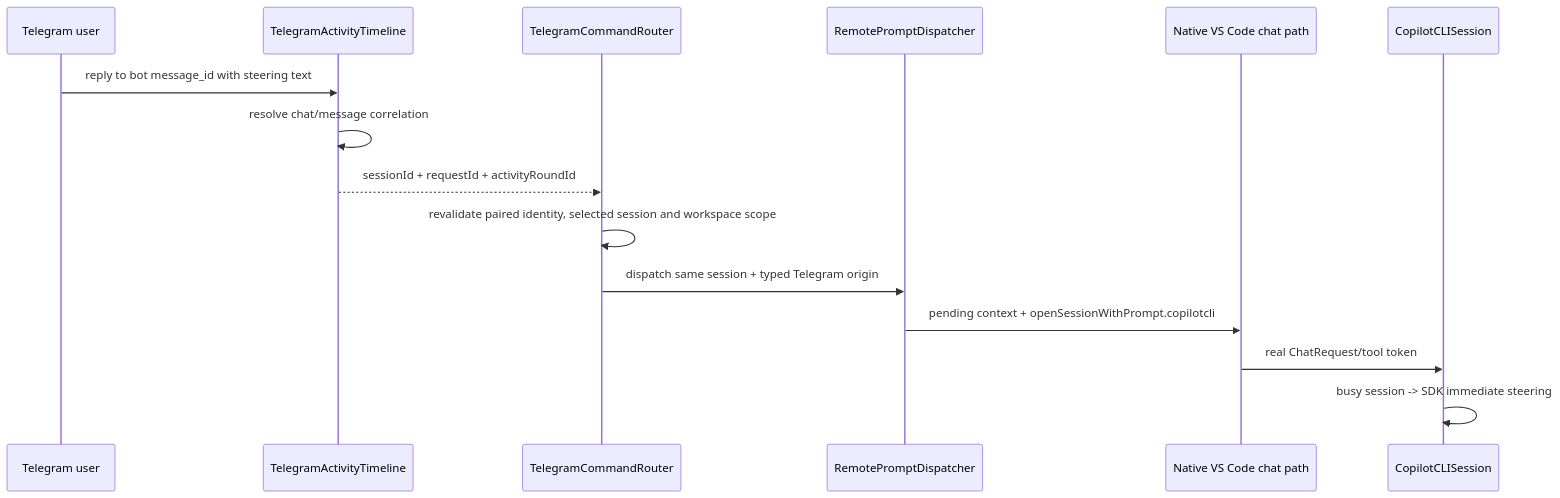
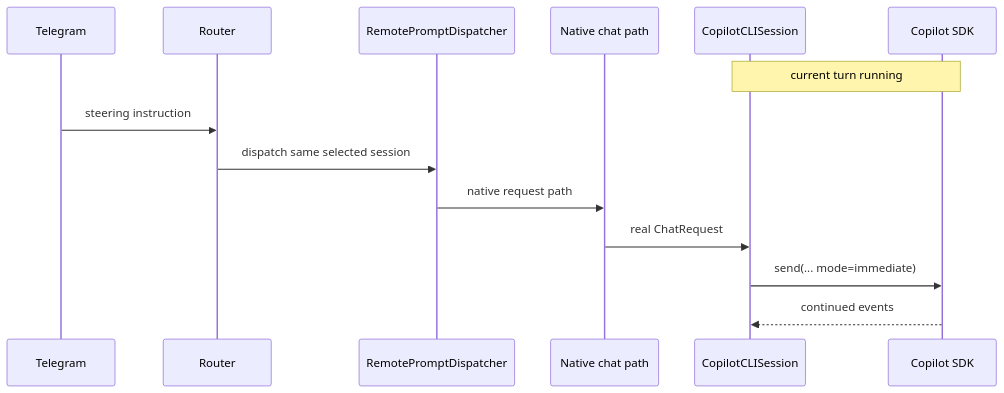
The eighth of 17 diagrams in extensions/copilot/docs/telegram-remote/CALL_FLOWS.md (SachiHarshitha/vscode-telegram), drawn with Mermaid before and after one commit. The commit also changed other lines of this file, not shown here.

Commit message:
docs(telegram-remote): align call flows with current runtime

````diff
--- a/extensions/copilot/docs/telegram-remote/CALL_FLOWS.md
+++ b/extensions/copilot/docs/telegram-remote/CALL_FLOWS.md
@@ -225,18 +187,17 @@
 ```mermaid
 sequenceDiagram
-    participant T as Telegram user
-    participant TL as TelegramActivityTimeline
-    participant R as TelegramCommandRouter
+    participant T as Telegram
+    participant R as Router
     participant D as RemotePromptDispatcher
-    participant VS as Native VS Code chat path
+    participant VS as Native chat path
     participant S as CopilotCLISession
+    participant SDK as Copilot SDK
 
-    T->>TL: reply to bot message_id with steering text
-    TL->>TL: resolve chat/message correlation
-    TL-->>R: sessionId + requestId + activityRoundId
-    R->>R: revalidate paired identity, selected session and workspace scope
-    R->>D: dispatch same session + typed Telegram origin
-    D->>VS: pending context + openSessionWithPrompt.copilotcli
-    VS->>S: real ChatRequest/tool token
-    S->>S: busy session -> SDK immediate steering
+    Note over S,SDK: current turn running
+    T->>R: steering instruction
+    R->>D: dispatch same selected session
+    D->>VS: native request path
+    VS->>S: real ChatRequest
+    S->>SDK: send(... mode=immediate)
+    SDK-->>S: continued events
 ```
````
